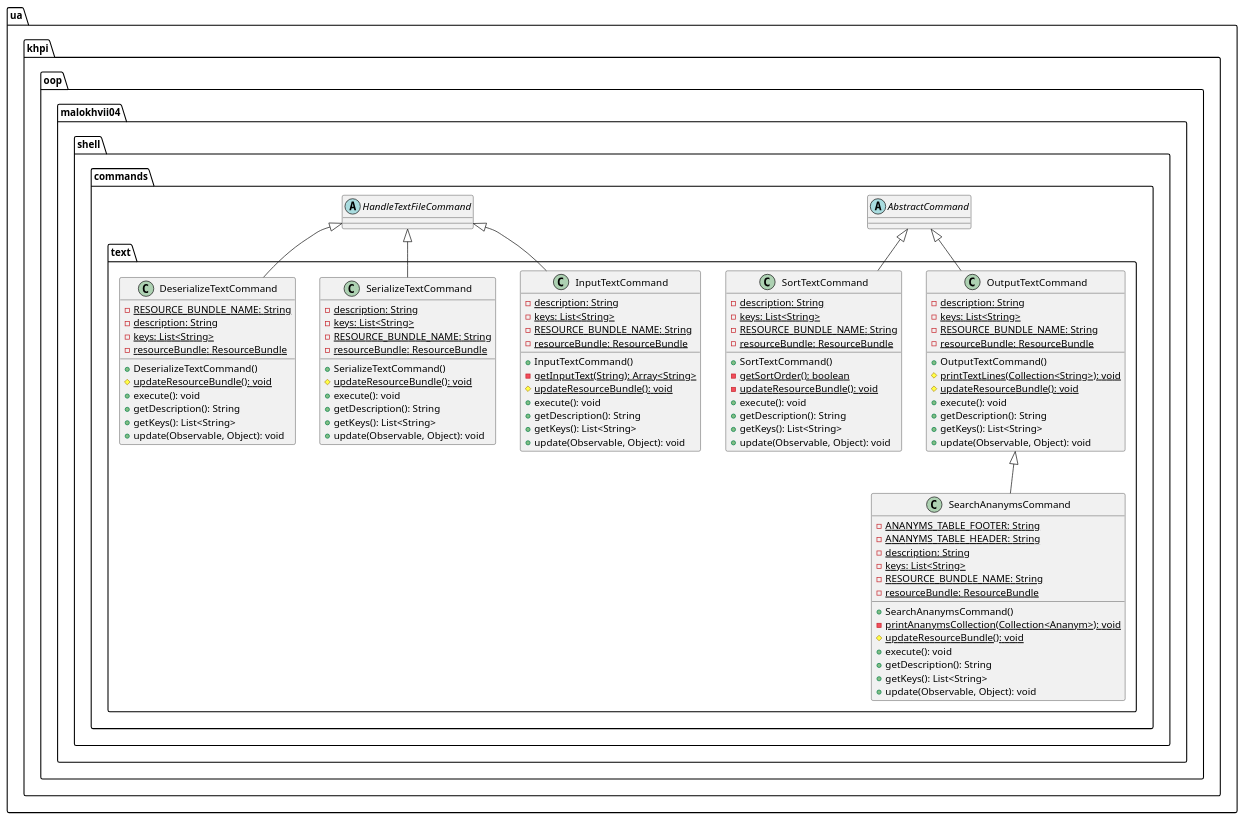
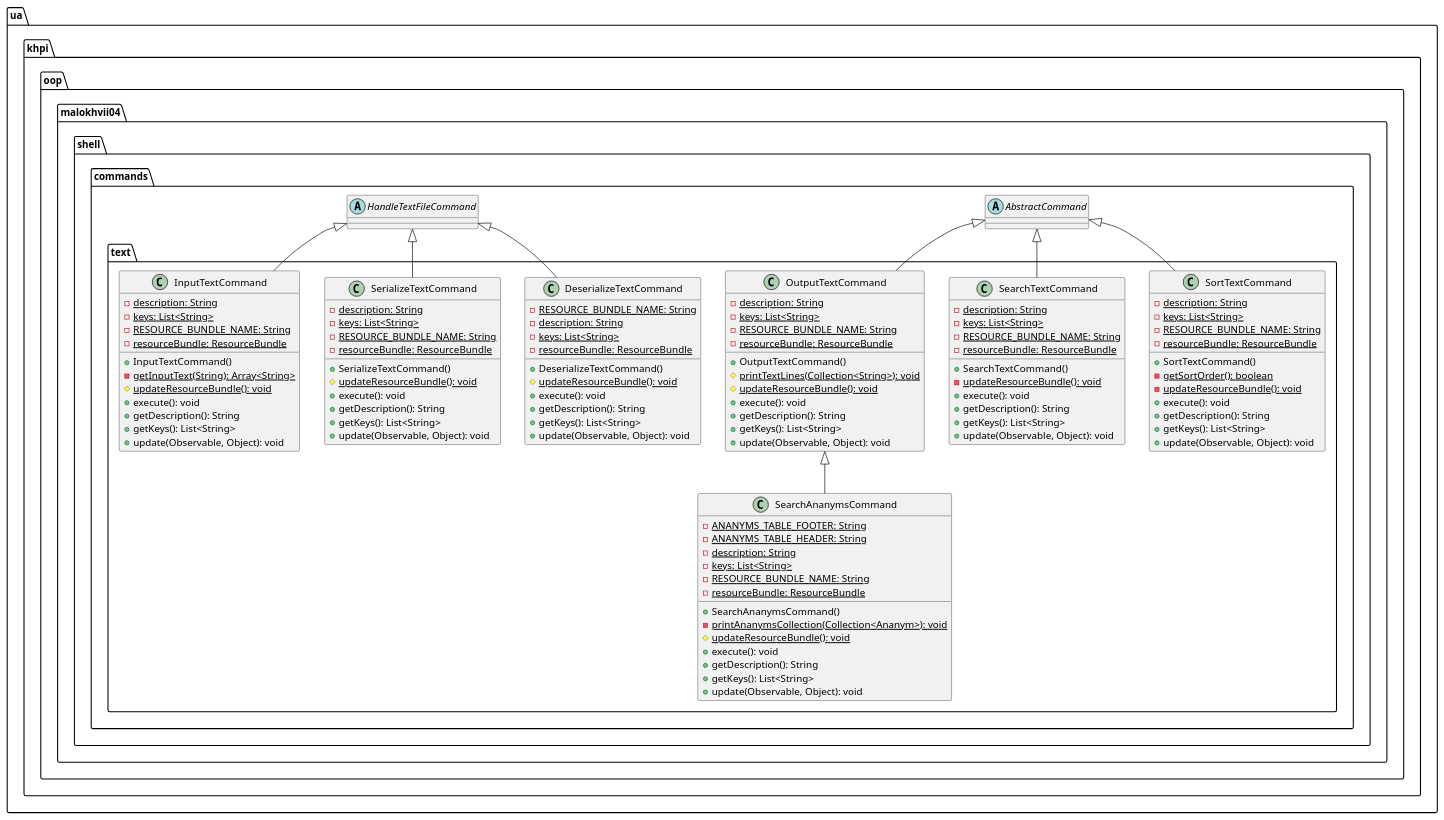
The diagram in malokhvii-eduard/malokhvii04/doc/plantuml/ua/khpi/oop/malokhvii04/shell/commands/text/package.puml (P-Kalin/kit26a), drawn with PlantUML before and after one commit. The commit also changed 3 other files, not shown here.

Commit message:
#3 malokhvii04: update graphs

```diff
--- a/malokhvii-eduard/malokhvii04/doc/plantuml/ua/khpi/oop/malokhvii04/shell/commands/text/package.puml
+++ b/malokhvii-eduard/malokhvii04/doc/plantuml/ua/khpi/oop/malokhvii04/shell/commands/text/package.puml
@@ -1,105 +1,120 @@
 @startuml
 
     namespace ua.khpi.oop.malokhvii04.shell.commands.text {
 
         class SortTextCommand {
             {static} -description: String
             {static} -keys: List<String>
             {static} -RESOURCE_BUNDLE_NAME: String
             {static} -resourceBundle: ResourceBundle
             +SortTextCommand()
             {static} -getSortOrder(): boolean
             {static} -updateResourceBundle(): void
             +execute(): void
             +getDescription(): String
             +getKeys(): List<String>
             +update(Observable, Object): void
         }
 
         class SerializeTextCommand {
             {static} -description: String
             {static} -keys: List<String>
             {static} -RESOURCE_BUNDLE_NAME: String
             {static} -resourceBundle: ResourceBundle
             +SerializeTextCommand()
             {static} #updateResourceBundle(): void
+            +execute(): void
+            +getDescription(): String
+            +getKeys(): List<String>
+            +update(Observable, Object): void
+        }
+
+        class SearchTextCommand {
+            {static} -description: String
+            {static} -keys: List<String>
+            {static} -RESOURCE_BUNDLE_NAME: String
+            {static} -resourceBundle: ResourceBundle
+            +SearchTextCommand()
+            {static} -updateResourceBundle(): void
             +execute(): void
             +getDescription(): String
             +getKeys(): List<String>
             +update(Observable, Object): void
         }
 
         class SearchAnanymsCommand {
             {static} -ANANYMS_TABLE_FOOTER: String
             {static} -ANANYMS_TABLE_HEADER: String
             {static} -description: String
             {static} -keys: List<String>
             {static} -RESOURCE_BUNDLE_NAME: String
             {static} -resourceBundle: ResourceBundle
             +SearchAnanymsCommand()
             {static} -printAnanymsCollection(Collection<Ananym>): void
             {static} #updateResourceBundle(): void
             +execute(): void
             +getDescription(): String
             +getKeys(): List<String>
             +update(Observable, Object): void
         }
 
         class OutputTextCommand {
             {static} -description: String
             {static} -keys: List<String>
             {static} -RESOURCE_BUNDLE_NAME: String
             {static} -resourceBundle: ResourceBundle
             +OutputTextCommand()
             {static} #printTextLines(Collection<String>): void
             {static} #updateResourceBundle(): void
             +execute(): void
             +getDescription(): String
             +getKeys(): List<String>
             +update(Observable, Object): void
         }
 
         class InputTextCommand {
             {static} -description: String
             {static} -keys: List<String>
             {static} -RESOURCE_BUNDLE_NAME: String
             {static} -resourceBundle: ResourceBundle
             +InputTextCommand()
             {static} -getInputText(String): Array<String>
             {static} #updateResourceBundle(): void
             +execute(): void
             +getDescription(): String
             +getKeys(): List<String>
             +update(Observable, Object): void
         }
 
         class DeserializeTextCommand {
             {static} -RESOURCE_BUNDLE_NAME: String
             {static} -description: String
             {static} -keys: List<String>
             {static} -resourceBundle: ResourceBundle
             +DeserializeTextCommand()
             {static} #updateResourceBundle(): void
             +execute(): void
             +getDescription(): String
             +getKeys(): List<String>
             +update(Observable, Object): void
         }
 
         abstract class ua.khpi.oop.malokhvii04.shell.commands.AbstractCommand
         ua.khpi.oop.malokhvii04.shell.commands.AbstractCommand <|-- SortTextCommand
 
         abstract class ua.khpi.oop.malokhvii04.shell.commands.HandleTextFileCommand
         ua.khpi.oop.malokhvii04.shell.commands.HandleTextFileCommand <|-- SerializeTextCommand
 
+        ua.khpi.oop.malokhvii04.shell.commands.AbstractCommand <|-- SearchTextCommand
+
         OutputTextCommand <|-- SearchAnanymsCommand
 
         ua.khpi.oop.malokhvii04.shell.commands.AbstractCommand <|-- OutputTextCommand
 
         ua.khpi.oop.malokhvii04.shell.commands.HandleTextFileCommand <|-- InputTextCommand
 
         ua.khpi.oop.malokhvii04.shell.commands.HandleTextFileCommand <|-- DeserializeTextCommand
 
     }
 
 @enduml
```
